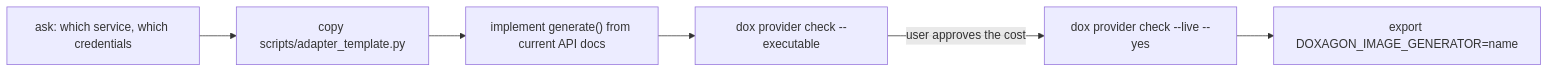
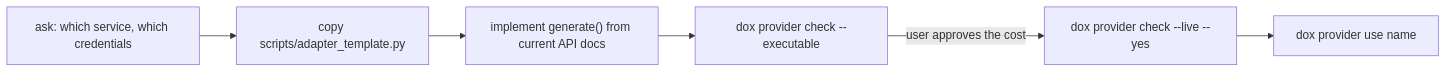
Before and after one commit to Token-Smelter/doxagon: the diagram in src/doxagon/resources/skills/image-provider/SKILL.md, drawn with Mermaid. The commit also changed other lines of this file and 14 other files, not shown here.

First line of the commit message:
Store the image provider choice in user config (#11)

````diff
--- a/src/doxagon/resources/skills/image-provider/SKILL.md
+++ b/src/doxagon/resources/skills/image-provider/SKILL.md
@@ -14,8 +22,8 @@
 ```mermaid
 flowchart LR
   A["ask: which service, which credentials"] --> B["copy scripts/adapter_template.py"]
   B --> C["implement generate() from current API docs"]
   C --> D["dox provider check --executable"]
   D -->|"user approves the cost"| E["dox provider check --live --yes"]
-  E --> F["export DOXAGON_IMAGE_GENERATOR=name"]
+  E --> F["dox provider use name"]
 ```
````
